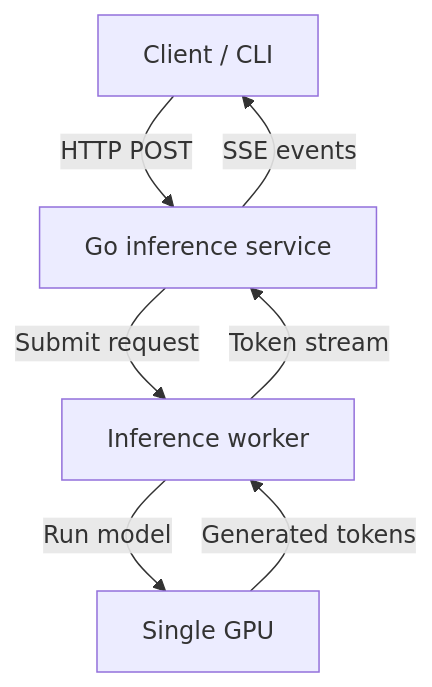
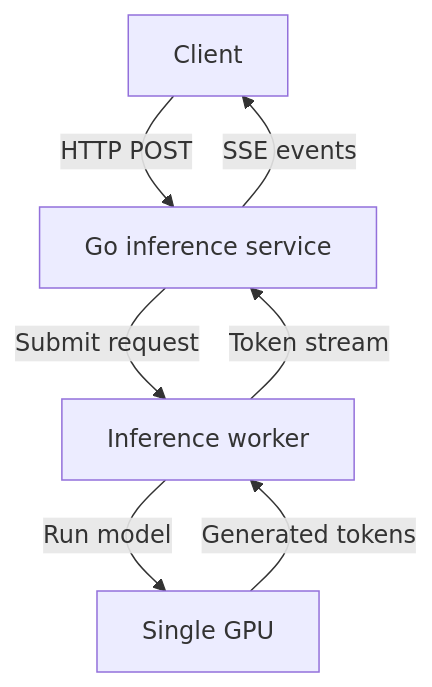
The diagram in design_doc.md (anyxling/Go-Inference-Server), drawn with Mermaid before and after one commit.

Commit message:
remove cli from design doc

````diff
--- a/design_doc.md
+++ b/design_doc.md
@@ -9,9 +9,9 @@
 ```mermaid
 flowchart TD
-    C["Client / CLI"] -->|"HTTP POST"| G["Go inference service"]
+    C["Client"] -->|"HTTP POST"| G["Go inference service"]
     G -->|"Submit request"| W["Inference worker"]
     W -->|"Run model"| GPU["Single GPU"]
     GPU -->|"Generated tokens"| W
     W -->|"Token stream"| G
     G -->|"SSE events"| C
 ```
````
